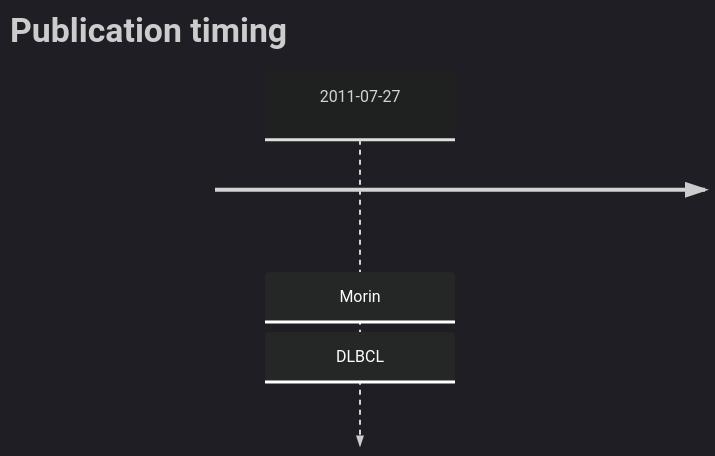
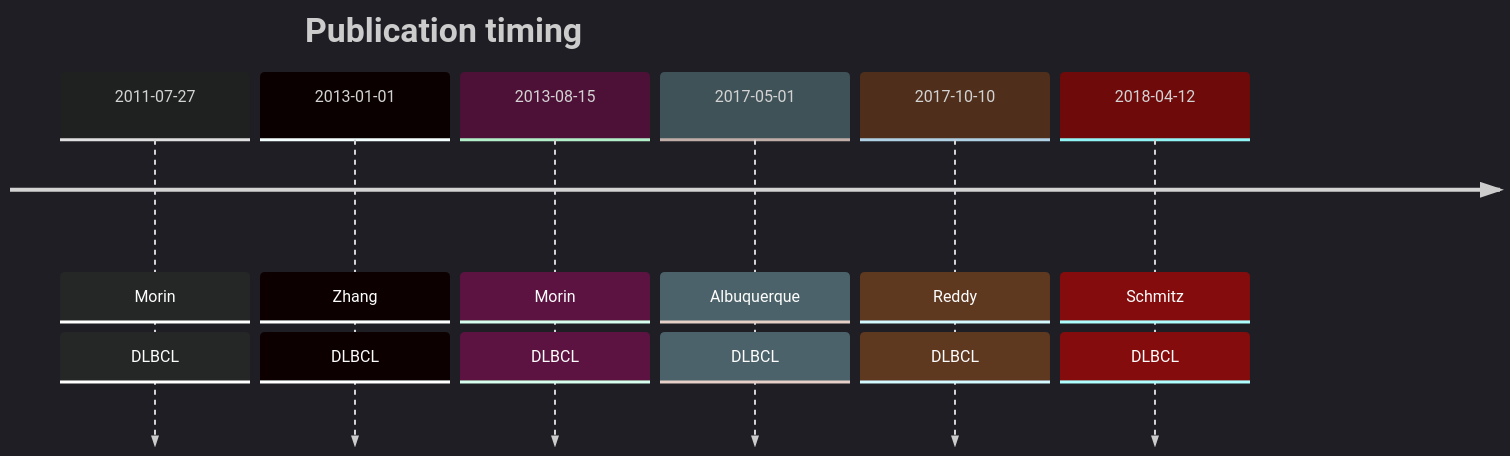
One commit to morinlab/lymphopedia changed the diagram in TMEM30A.md. Above: the diagram before and after it, drawn with Mermaid.

Commit message:
update tables

````diff
--- a/TMEM30A.md
+++ b/TMEM30A.md
@@ -9,6 +9,11 @@
 ```mermaid
 %%{init: { 'logLevel': 'debug', 'theme': 'dark' } }%%
 timeline
     title Publication timing
       2011-07-27 : Morin : DLBCL
+2013-01-01 : Zhang : DLBCL
+2013-08-15 : Morin : DLBCL
+2017-05-01 : Albuquerque : DLBCL
+2017-10-10 : Reddy : DLBCL
+2018-04-12 : Schmitz : DLBCL
 ```
````
